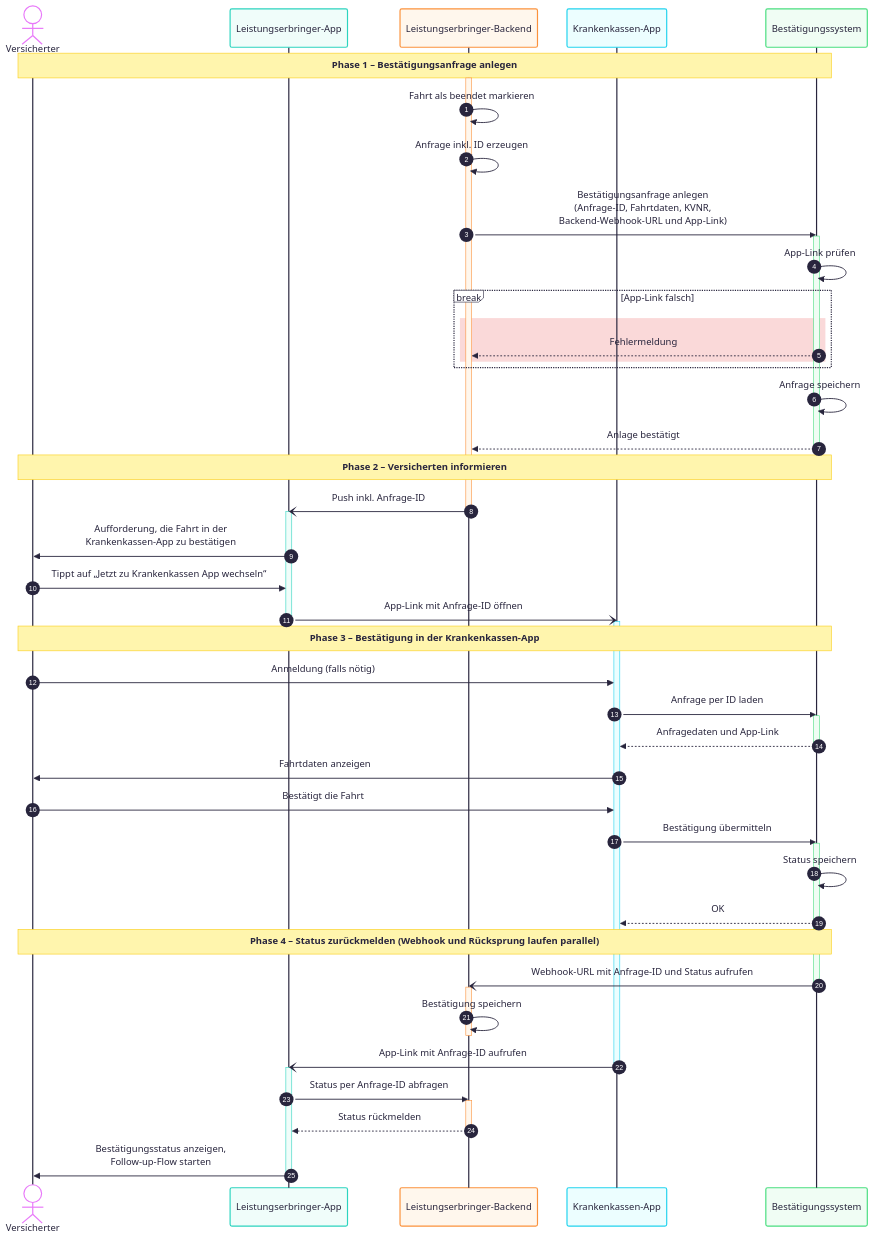
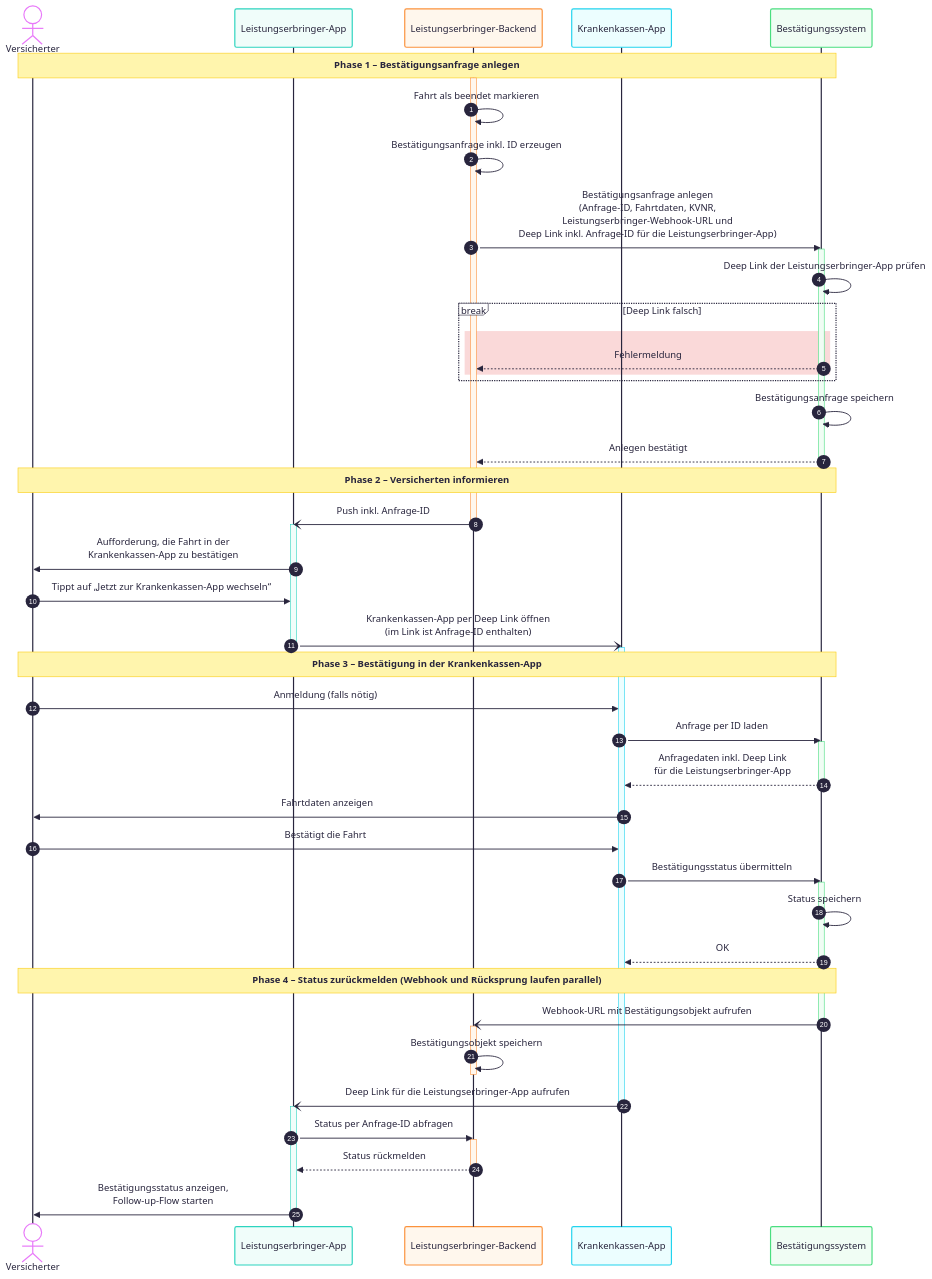
One commit to kreyssel/eLB changed the diagram in docs/APPFLOW.md. Above: the diagram before and after it, drawn with Mermaid.

Commit message:
minor fixes

````diff
--- a/docs/APPFLOW.md
+++ b/docs/APPFLOW.md
@@ -7,69 +7,69 @@
 ```mermaid
 ---
 config:
   theme: redux-color
 ---
 sequenceDiagram
     actor V as Versicherter
     participant LER_APP as Leistungserbringer-App
     participant LER_BE as Leistungserbringer-Backend
     participant KK_APP as Krankenkassen-App
     participant BS as Bestätigungssystem
     autonumber
 
 
     Note over V,BS: Phase 1 – Bestätigungsanfrage anlegen
     activate LER_BE
     LER_BE->>LER_BE: Fahrt als beendet markieren
-    LER_BE->>LER_BE: Anfrage inkl. ID erzeugen
-    LER_BE->>BS: Bestätigungsanfrage anlegen<br>(Anfrage-ID, Fahrtdaten, KVNR,<br>Backend-Webhook-URL und App-Link)
+    LER_BE->>LER_BE: Bestätigungsanfrage inkl. ID erzeugen
+    LER_BE->>BS: Bestätigungsanfrage anlegen<br>(Anfrage-ID, Fahrtdaten, KVNR,<br>Leistungserbringer-Webhook-URL und<br>Deep Link inkl. Anfrage-ID für die Leistungserbringer-App)
     activate BS
-    BS->>BS: App-Link prüfen
-    break App-Link falsch
-     rect rgba(220, 0, 0, 0.15)
+    BS->>BS: Deep Link der Leistungserbringer-App prüfen
+    break Deep Link falsch
+      rect rgba(220, 0, 0, 0.15)
         BS-->>LER_BE: Fehlermeldung
-        end
+      end
     end
-    BS->>BS: Anfrage speichern
-    BS-->>LER_BE: Anlage bestätigt
+    BS->>BS: Bestätigungsanfrage speichern
+    BS-->>LER_BE: Anlegen bestätigt
     deactivate BS
 
     Note over V,BS: Phase 2 – Versicherten informieren
     LER_BE-)LER_APP: Push inkl. Anfrage-ID
     deactivate LER_BE
     activate LER_APP
     LER_APP->>V: Aufforderung, die Fahrt in der<br>Krankenkassen-App zu bestätigen
-    V->>LER_APP: Tippt auf „Jetzt zu Krankenkassen App wechseln“
-    LER_APP-)KK_APP: App-Link mit Anfrage-ID öffnen
+    V->>LER_APP: Tippt auf „Jetzt zur Krankenkassen-App wechseln“
+    LER_APP-)KK_APP: Krankenkassen-App per Deep Link öffnen<br>(im Link ist Anfrage-ID enthalten)
     deactivate LER_APP
     activate KK_APP
 
     Note over V,BS: Phase 3 – Bestätigung in der Krankenkassen-App
     V->>KK_APP: Anmeldung (falls nötig)
     KK_APP->>BS: Anfrage per ID laden
     activate BS
-    BS-->>KK_APP: Anfragedaten und App-Link
+    BS-->>KK_APP: Anfragedaten inkl. Deep Link<br>für die Leistungserbringer-App
     deactivate BS
     KK_APP->>V: Fahrtdaten anzeigen
     V->>KK_APP: Bestätigt die Fahrt
-    KK_APP->>BS: Bestätigung übermitteln
+    KK_APP->>BS: Bestätigungsstatus übermitteln
     activate BS
     BS->>BS: Status speichern
     BS-->>KK_APP: OK
 
     Note over V,BS: Phase 4 – Status zurückmelden (Webhook und Rücksprung laufen parallel)
-    BS-)LER_BE: Webhook-URL mit Anfrage-ID und Status aufrufen
+    BS-)LER_BE: Webhook-URL mit Bestätigungsobjekt aufrufen
     deactivate BS
     activate LER_BE
-    LER_BE->>LER_BE: Bestätigung speichern
+    LER_BE->>LER_BE: Bestätigungsobjekt speichern
     deactivate LER_BE
-    KK_APP-)LER_APP: App-Link mit Anfrage-ID aufrufen
+    KK_APP-)LER_APP: Deep Link für die Leistungserbringer-App aufrufen
     deactivate KK_APP
     activate LER_APP
     LER_APP->>LER_BE: Status per Anfrage-ID abfragen
     activate LER_BE
     LER_BE-->>LER_APP: Status rückmelden
     deactivate LER_BE
     LER_APP->>V: Bestätigungsstatus anzeigen,<br>Follow-up-Flow starten
     deactivate LER_APP
 ```
````
